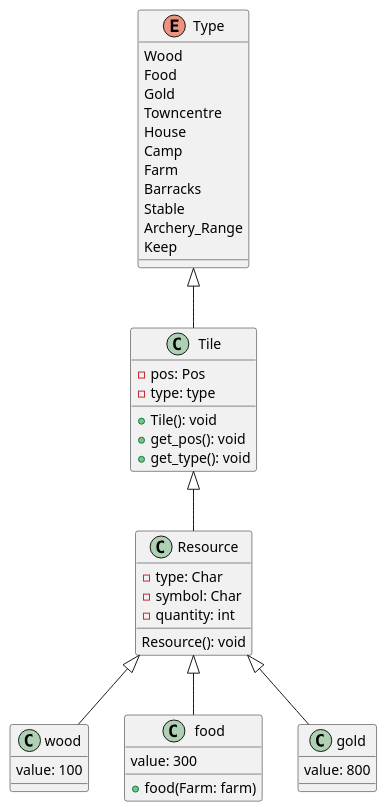
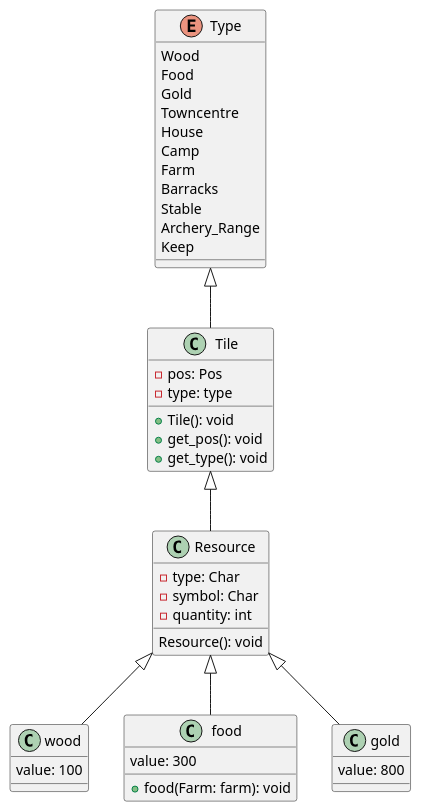
One commit to clementledo/Python-projet changed the diagram in Diagram/Resources.wsd. Above: the diagram before and after it, drawn with PlantUML.

```diff
--- a/Diagram/Resources.wsd
+++ b/Diagram/Resources.wsd
@@ -1,42 +1,42 @@
 @startuml
 class Tile extends Type{
     -pos: Pos
     -type: type
 
     +Tile(): void
     +get_pos(): void
     +get_type(): void
 }
 enum Type {
   Wood
   Food
   Gold
   Towncentre
   House
   Camp
   Farm
   Barracks
   Stable
   Archery_Range
   Keep
 }
 
 class Resource extends Tile{
     -type: Char
     -symbol: Char
     -quantity: int
 
     Resource(): void
 }
 class wood extends Resource{
     value: 100
 }
 class food extends Resource{
 
     value: 300
-    +food(Farm: farm)
+    +food(Farm: farm): void
 }
 class gold extends Resource{
     value: 800
 }
 @enduml
```
